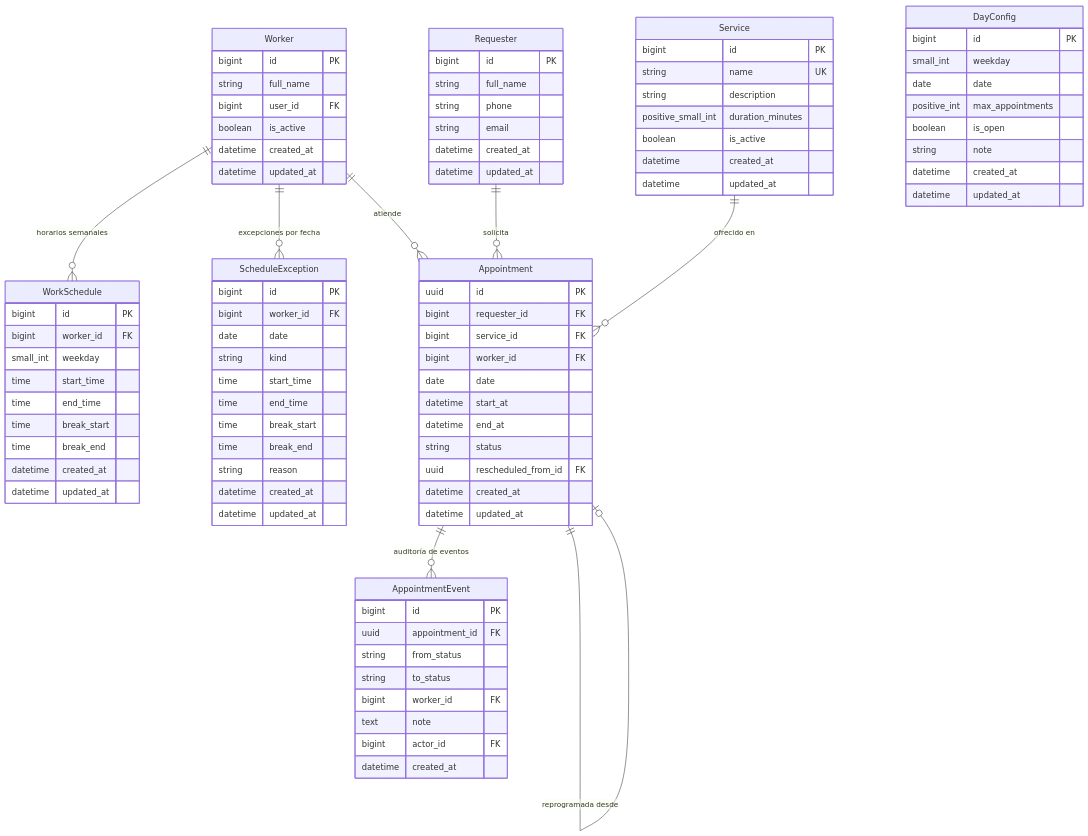
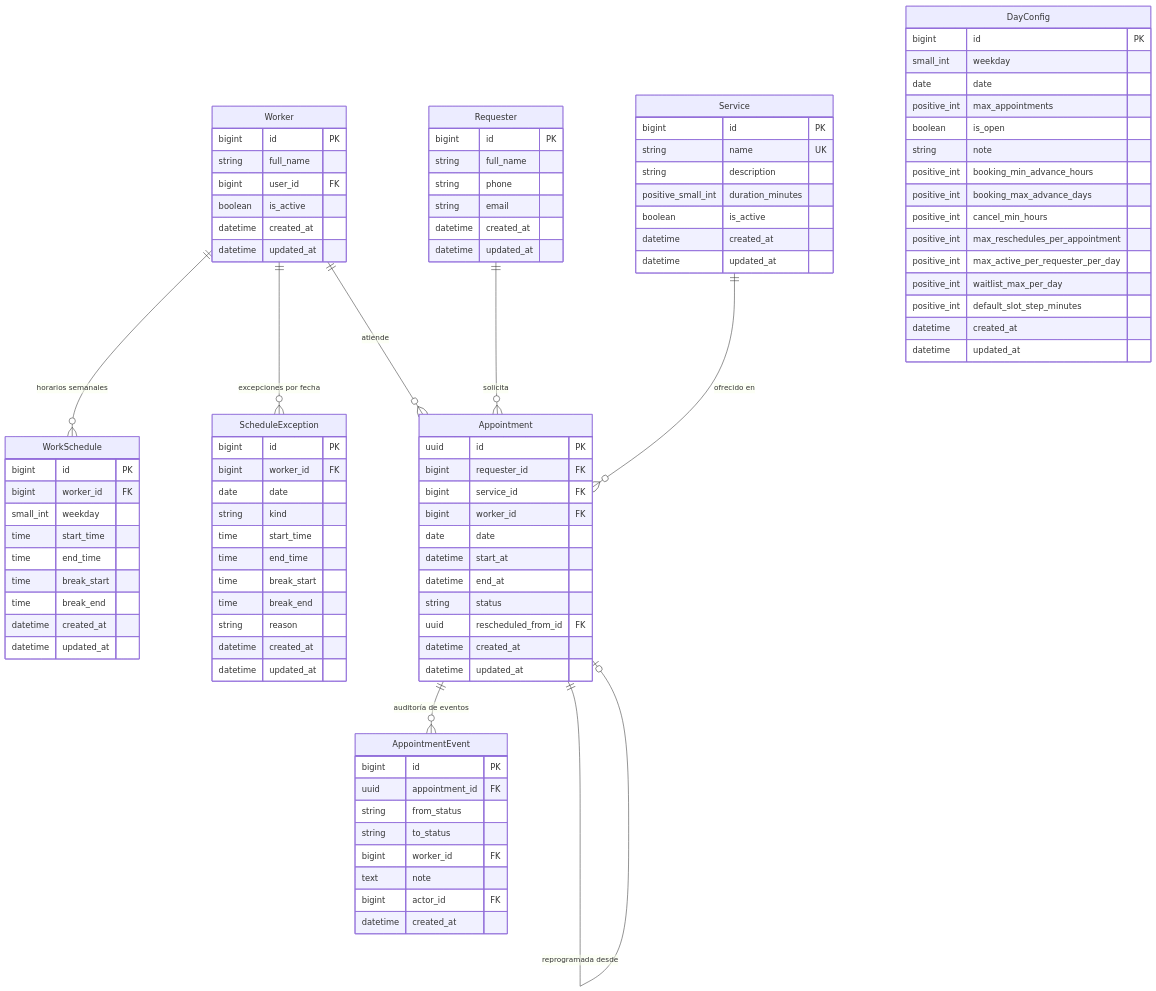
Before and after one commit to raulanto/gestor-citas: the diagram in README.md, drawn with Mermaid. The commit also changed other lines of this file and 15 other files, not shown here.

Commit message:
feat: add dynamic domain rule configuration per day config for booking and cancellation parameters

```diff
--- a/README.md
+++ b/README.md
@@ -90,6 +90,13 @@
         positive_int max_appointments
         boolean is_open
         string note
+        positive_int booking_min_advance_hours
+        positive_int booking_max_advance_days
+        positive_int cancel_min_hours
+        positive_int max_reschedules_per_appointment
+        positive_int max_active_per_requester_per_day
+        positive_int waitlist_max_per_day
+        positive_int default_slot_step_minutes
         datetime created_at
         datetime updated_at
     }
```
